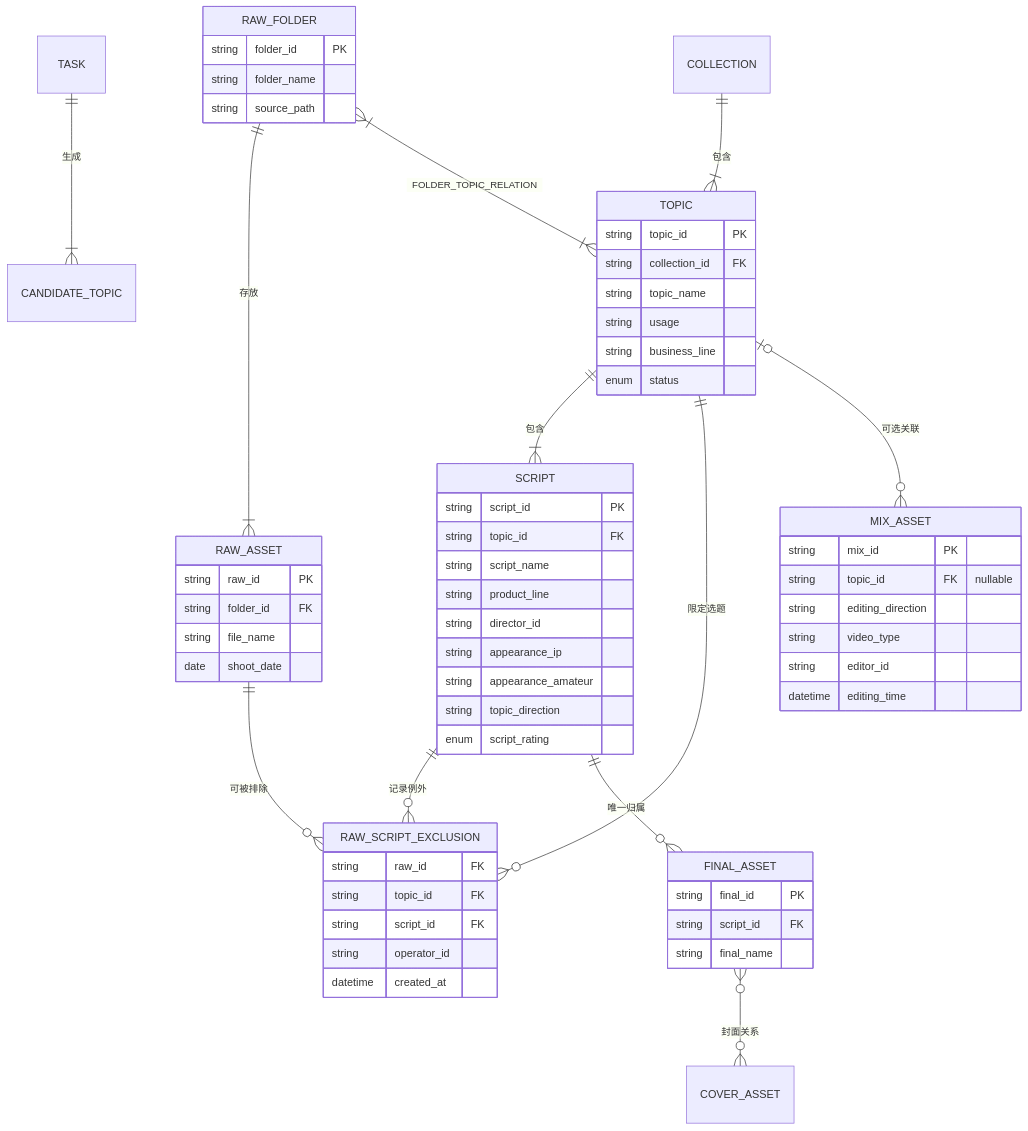
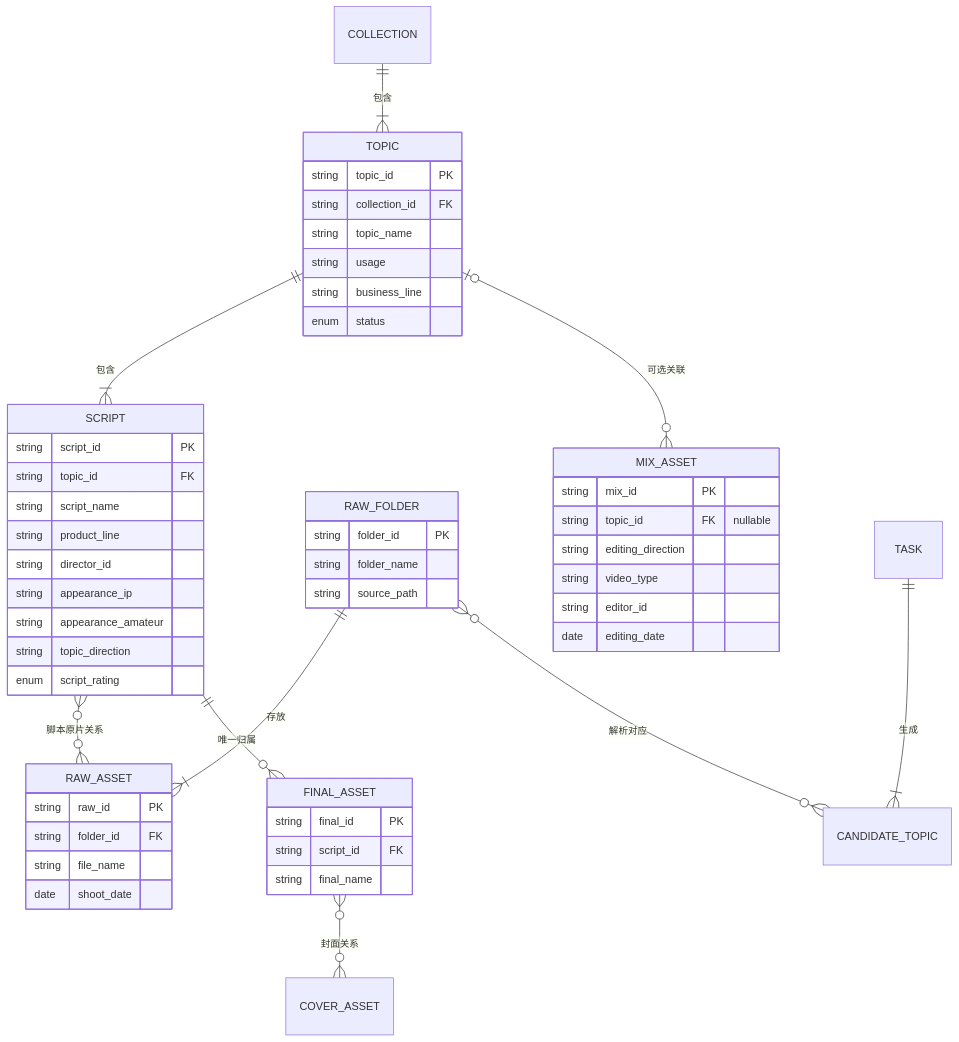
The second of 4 diagrams in 素材库PRD_V113.6_公司模板版.md (e3870732-droid/heshu-video-management-demo), drawn with Mermaid before and after one commit. The commit also changed other lines of this file, not shown here.

````diff
--- a/素材库PRD_V113.6_公司模板版.md
+++ b/素材库PRD_V113.6_公司模板版.md
@@ -561,65 +933,56 @@
 ```mermaid
 erDiagram
     COLLECTION ||--|{ TOPIC : "包含"
     TOPIC ||--|{ SCRIPT : "包含"
     RAW_FOLDER ||--|{ RAW_ASSET : "存放"
-    RAW_FOLDER }|--|{ TOPIC : "FOLDER_TOPIC_RELATION"
-    RAW_ASSET ||--o{ RAW_SCRIPT_EXCLUSION : "可被排除"
-    SCRIPT ||--o{ RAW_SCRIPT_EXCLUSION : "记录例外"
-    TOPIC ||--o{ RAW_SCRIPT_EXCLUSION : "限定选题"
+    RAW_FOLDER }o--o{ CANDIDATE_TOPIC : "解析对应"
+    SCRIPT }o--o{ RAW_ASSET : "脚本原片关系"
     SCRIPT ||--o{ FINAL_ASSET : "唯一归属"
     FINAL_ASSET }o--o{ COVER_ASSET : "封面关系"
     TOPIC o|--o{ MIX_ASSET : "可选关联"
     TASK ||--|{ CANDIDATE_TOPIC : "生成"
 
     RAW_FOLDER {
         string folder_id PK
         string folder_name
         string source_path
     }
     RAW_ASSET {
         string raw_id PK
         string folder_id FK
         string file_name
         date shoot_date
     }
     TOPIC {
         string topic_id PK
         string collection_id FK
         string topic_name
         string usage
         string business_line
         enum status
     }
     SCRIPT {
         string script_id PK
         string topic_id FK
         string script_name
         string product_line
         string director_id
         string appearance_ip
         string appearance_amateur
         string topic_direction
         enum script_rating
     }
-    RAW_SCRIPT_EXCLUSION {
-        string raw_id FK
-        string topic_id FK
-        string script_id FK
-        string operator_id
-        datetime created_at
-    }
     FINAL_ASSET {
         string final_id PK
         string script_id FK
         string final_name
     }
     MIX_ASSET {
         string mix_id PK
         string topic_id FK "nullable"
         string editing_direction
         string video_type
         string editor_id
-        datetime editing_time
+        date editing_date
     }
 ```
````
